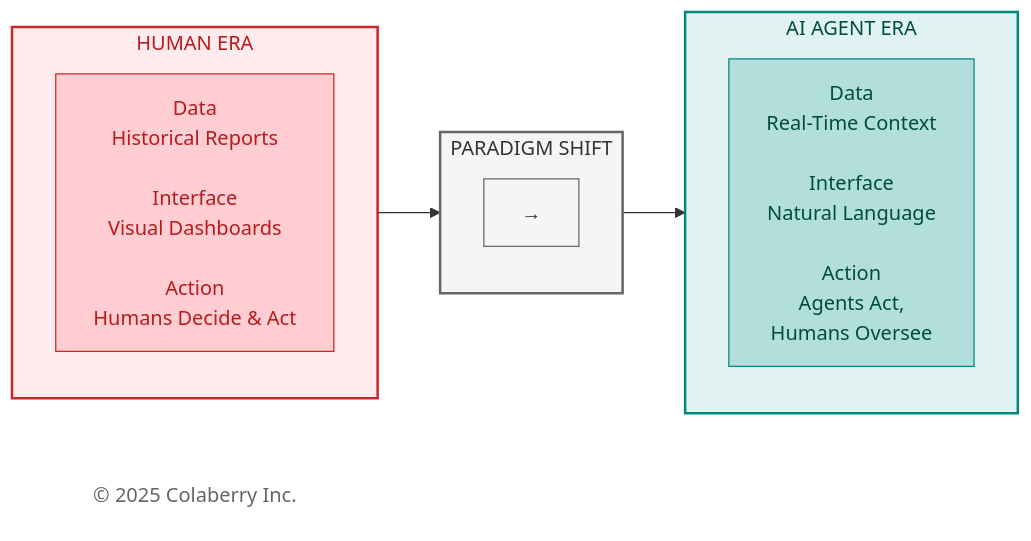
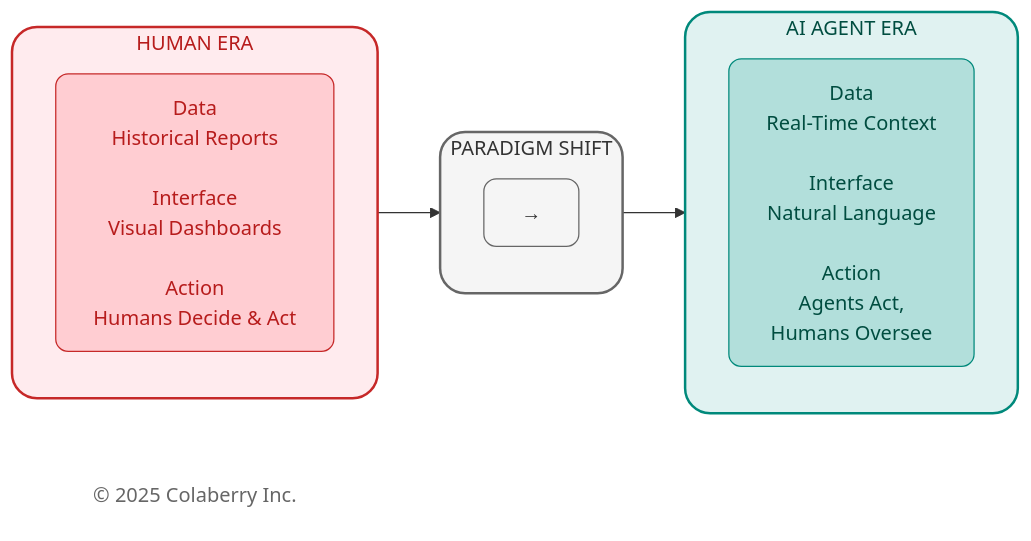
The second of 4 diagrams in manuscript/01_chapter_0_trust_before_intelligence.md (saitejesh-cyber/trust-before-intelligence-book), drawn with Mermaid before and after one commit. The commit also changed other lines of this file, not shown here.

````diff
--- a/manuscript/01_chapter_0_trust_before_intelligence.md
+++ b/manuscript/01_chapter_0_trust_before_intelligence.md
@@ -164,31 +164,31 @@
 ```mermaid
 
 graph LR
     subgraph HumanEra["HUMAN ERA"]
         direction TB
         H1["Data<br/>Historical Reports<br/><br/>Interface<br/>Visual Dashboards<br/><br/>Action<br/>Humans Decide & Act"]
     end
     
     subgraph TRANSFORM["PARADIGM SHIFT"]
         direction TB
         T1["→"]
     end
     
     subgraph AgentEra["AI AGENT ERA"]
         direction TB
         A1["Data<br/>Real-Time Context<br/><br/>Interface<br/>Natural Language<br/><br/>Action<br/>Agents Act,<br/>Humans Oversee"]
     end
     
     Copyright["© 2025 Colaberry Inc."]
     
     HumanEra --> TRANSFORM --> AgentEra
     
-    style HumanEra fill:#ffebee,stroke:#c62828,stroke-width:2px,color:#b71c1c
-    style TRANSFORM fill:#f5f5f5,stroke:#666666,stroke-width:2px,color:#333333
-    style AgentEra fill:#e0f2f1,stroke:#00897b,stroke-width:2px,color:#004d40
-    style H1 fill:#ffcdd2,stroke:#c62828,color:#b71c1c
-    style T1 fill:#f5f5f5,stroke:#666666,color:#333333
-    style A1 fill:#b2dfdb,stroke:#00897b,color:#004d40
+    style HumanEra fill:#ffebee,stroke:#c62828,stroke-width:2px,color:#b71c1c,rx:2O,ry:20
+    style TRANSFORM fill:#f5f5f5,stroke:#666666,stroke-width:2px,color:#333333,rx:2O,ry:20
+    style AgentEra fill:#e0f2f1,stroke:#00897b,stroke-width:2px,color:#004d40,rx:2O,ry:20
+    style H1 fill:#ffcdd2,stroke:#c62828,color:#b71c1c,rx:1O,ry:10
+    style T1 fill:#f5f5f5,stroke:#666666,color:#333333,rx:1O,ry:10
+    style A1 fill:#b2dfdb,stroke:#00897b,color:#004d40,rx:1O,ry:10
     style Copyright fill:#ffffff,stroke:none,color:#666666
 
 ```
````
